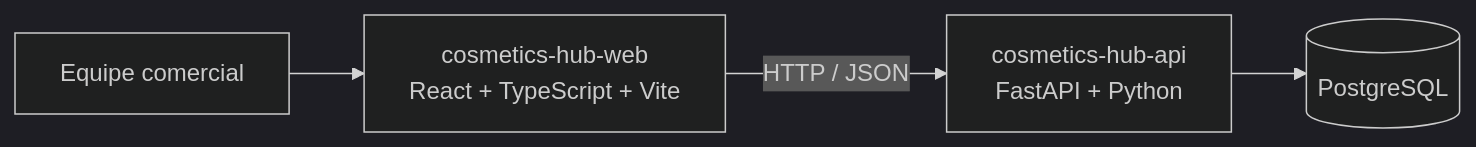
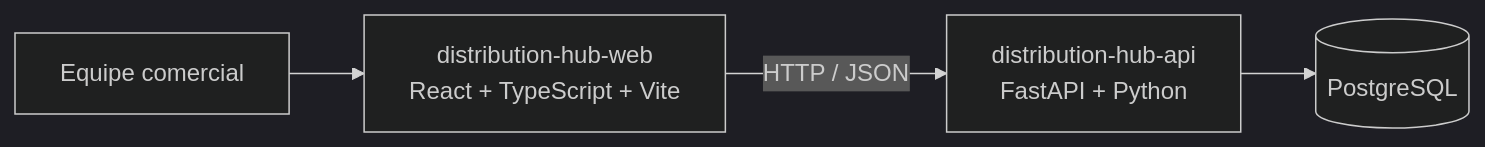
One commit to lc-curto/distribution-hub-api changed the diagram in docs/architecture.md. Above: the diagram before and after it, drawn with Mermaid (dark theme). The commit also changed other lines of this file and 8 other files, not shown here.

Commit message:
chore: rename project to Distribution Hub

````diff
--- a/docs/architecture.md
+++ b/docs/architecture.md
@@ -7,6 +7,6 @@
 ```mermaid
 flowchart LR
-    Pessoa[Equipe comercial] --> Web[cosmetics-hub-web<br/>React + TypeScript + Vite]
-    Web -->|HTTP / JSON| API[cosmetics-hub-api<br/>FastAPI + Python]
+    Pessoa[Equipe comercial] --> Web[distribution-hub-web<br/>React + TypeScript + Vite]
+    Web -->|HTTP / JSON| API[distribution-hub-api<br/>FastAPI + Python]
     API --> DB[(PostgreSQL)]
 ```
````
